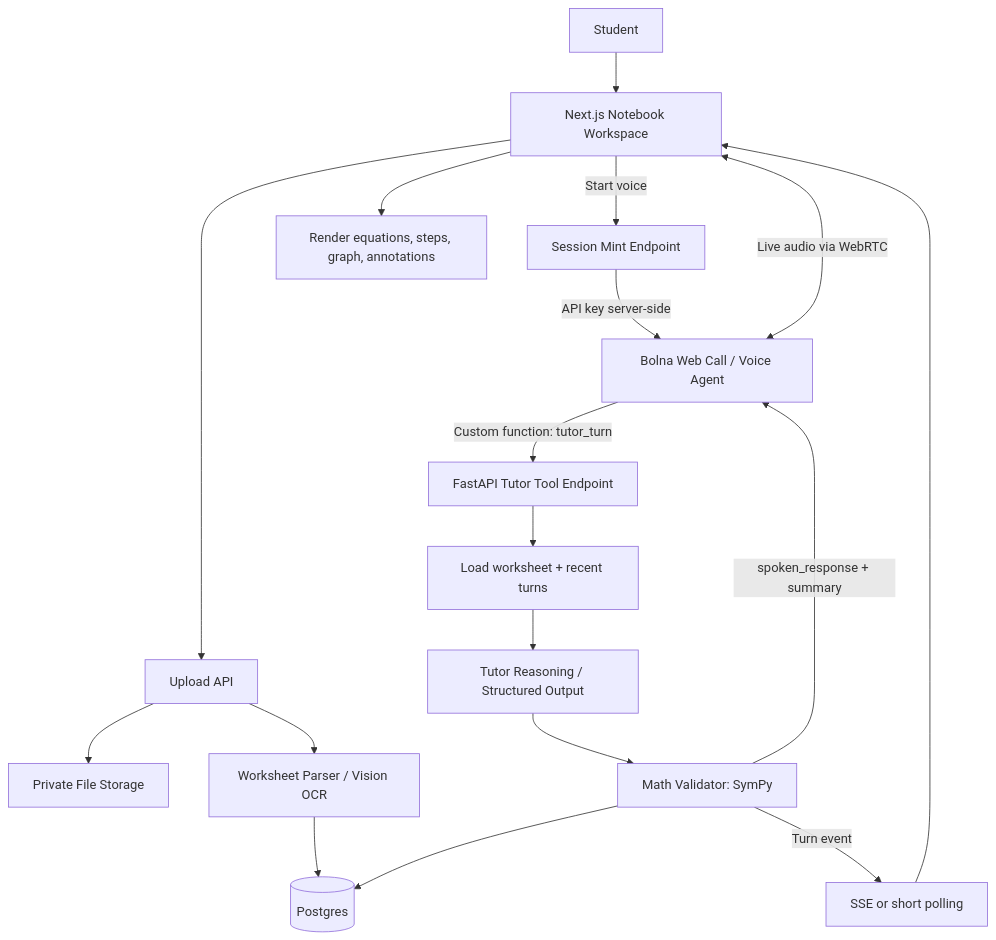
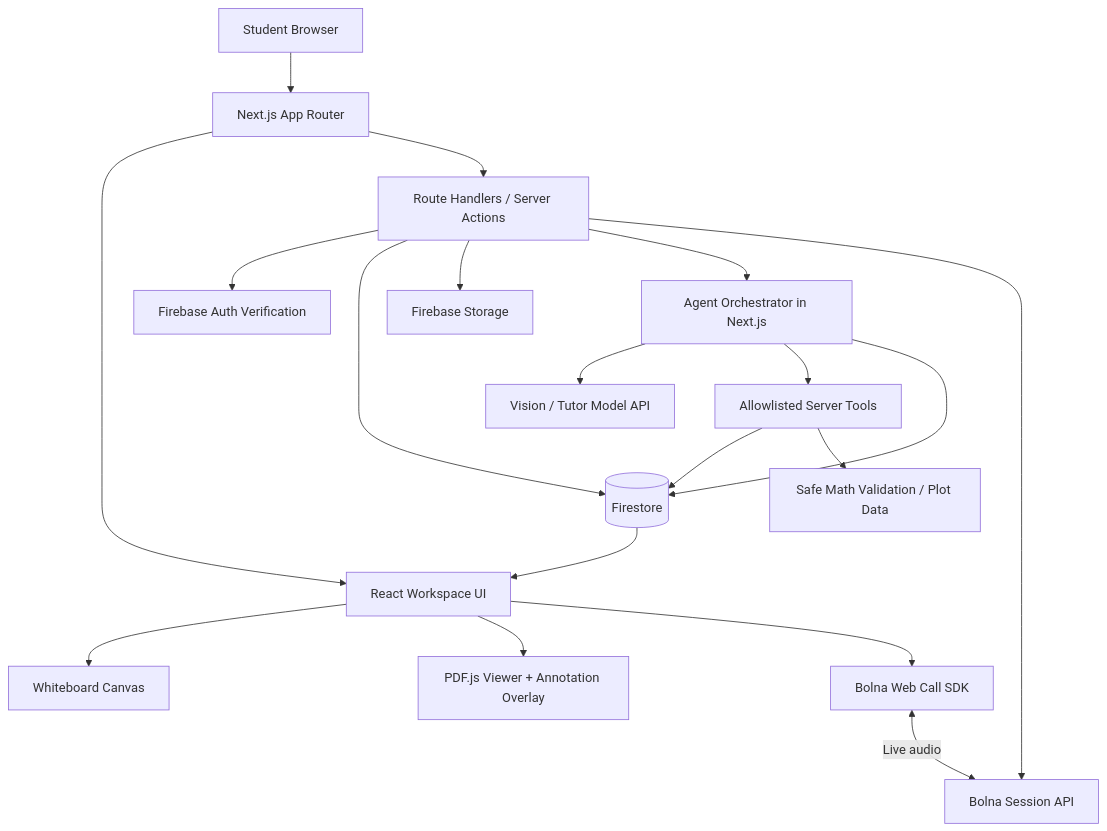
The diagram in docs/Scribble_PRD_Technical_Spec.md (nandit27/Scribble), drawn with Mermaid before and after one commit. The commit also changed other lines of this file and 10 other files, not shown here.

````diff
--- a/docs/Scribble_PRD_Technical_Spec.md
+++ b/docs/Scribble_PRD_Technical_Spec.md
@@ -388,20 +492,21 @@
-```mermaid
+``` mermaid
 flowchart TD
-    U[Student] --> UI[Next.js Notebook Workspace]
-    UI --> UP[Upload API]
-    UP --> FS[Private File Storage]
-    UP --> PARSE[Worksheet Parser / Vision OCR]
-    PARSE --> DB[(Postgres)]
-    UI -->|Start voice| SESSION[Session Mint Endpoint]
-    SESSION -->|API key server-side| BOLNA[Bolna Web Call / Voice Agent]
-    BOLNA <-->|Live audio via WebRTC| UI
-    BOLNA -->|Custom function: tutor_turn| TOOL[FastAPI Tutor Tool Endpoint]
-    TOOL --> CTX[Load worksheet + recent turns]
-    CTX --> LLM[Tutor Reasoning / Structured Output]
-    LLM --> VALID[Math Validator: SymPy]
-    VALID --> DB
-    VALID -->|Turn event| STREAM[SSE or short polling]
-    STREAM --> UI
-    VALID -->|spoken_response + summary| BOLNA
-    UI --> GRAPH[Render equations, steps, graph, annotations]
+    U[Student Browser] --> NEXT[Next.js App Router]
+    NEXT --> UI[React Workspace UI]
+    NEXT --> API[Route Handlers / Server Actions]
+    UI --> BOARD[Whiteboard Canvas]
+    UI --> PDF[PDF.js Viewer + Annotation Overlay]
+    UI --> VOICE[Bolna Web Call SDK]
+    API --> AUTH[Firebase Auth Verification]
+    API --> DB[(Firestore)]
+    API --> STORE[Firebase Storage]
+    API --> AGENT[Agent Orchestrator in Next.js]
+    AGENT --> MODEL[Vision / Tutor Model API]
+    AGENT --> TOOLS[Allowlisted Server Tools]
+    TOOLS --> DB
+    TOOLS --> MATH[Safe Math Validation / Plot Data]
+    API --> BOLNA[Bolna Session API]
+    VOICE <-->|Live audio| BOLNA
+    AGENT --> DB
+    DB --> UI
 ```
````
